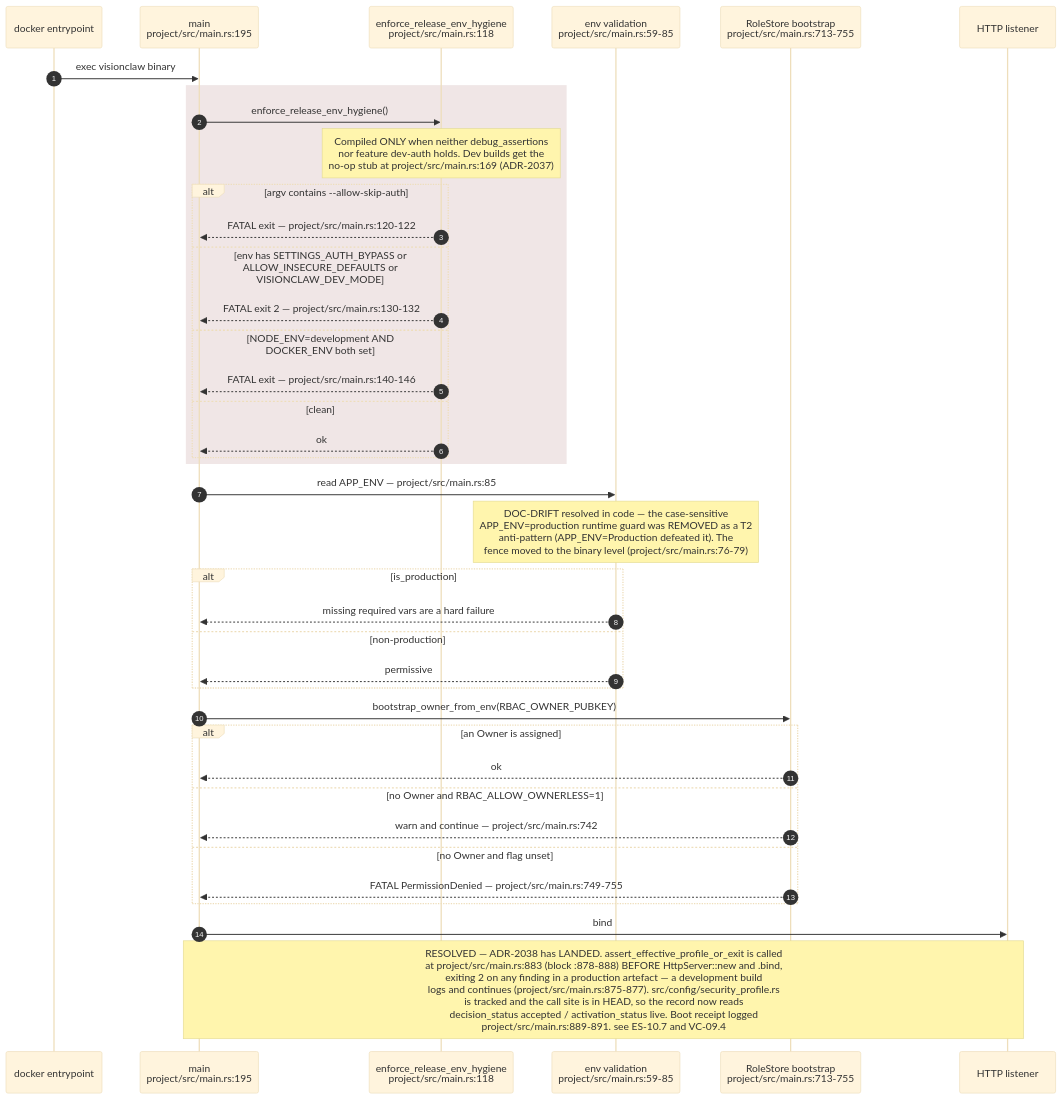
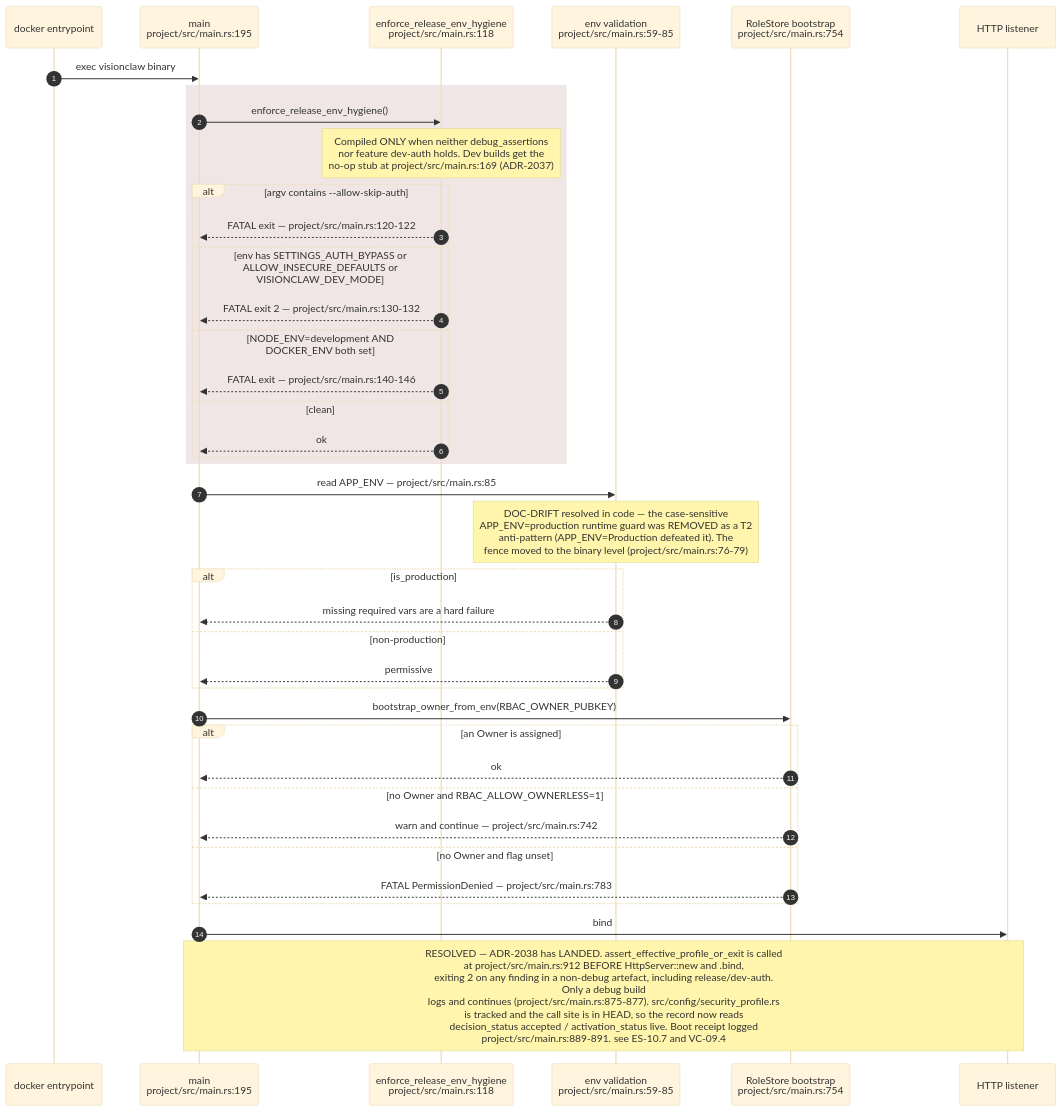
Before and after one commit to DreamLab-AI/VisionFlow: the second of 10 diagrams in docs/diagrams/estate/10-deployment-and-security-profiles.md, drawn with Mermaid (base theme). The commit also changed other lines of this file and 51 other files, not shown here.

First line of the commit message:
docs(diagrams): agentbox AB-01..13 re-attested anchor by anchor (980 anchors, 22 defects); checkpoint against an out-of-mesh writer

````diff
--- a/docs/diagrams/estate/10-deployment-and-security-profiles.md
+++ b/docs/diagrams/estate/10-deployment-and-security-profiles.md
@@ -83,42 +83,42 @@
 ```mermaid
 sequenceDiagram
     autonumber
     participant OS as docker entrypoint
     participant M as main<br/>project/src/main.rs:195
     participant EH as enforce_release_env_hygiene<br/>project/src/main.rs:118
     participant EV as env validation<br/>project/src/main.rs:59-85
-    participant RS as RoleStore bootstrap<br/>project/src/main.rs:713-755
+    participant RS as RoleStore bootstrap<br/>project/src/main.rs:754
     participant L as HTTP listener
 
     OS->>M: exec visionclaw binary
     rect rgb(240,230,230)
     M->>EH: enforce_release_env_hygiene()
     Note over EH: Compiled ONLY when neither debug_assertions<br/>nor feature dev-auth holds. Dev builds get the<br/>no-op stub at project/src/main.rs:169 (ADR-2037)
     alt argv contains --allow-skip-auth
         EH-->>M: FATAL exit — project/src/main.rs:120-122
     else env has SETTINGS_AUTH_BYPASS or ALLOW_INSECURE_DEFAULTS or VISIONCLAW_DEV_MODE
         EH-->>M: FATAL exit 2 — project/src/main.rs:130-132
     else NODE_ENV=development AND DOCKER_ENV both set
         EH-->>M: FATAL exit — project/src/main.rs:140-146
     else clean
         EH-->>M: ok
     end
     end
     M->>EV: read APP_ENV — project/src/main.rs:85
     Note over EV: DOC-DRIFT resolved in code — the case-sensitive<br/>APP_ENV=production runtime guard was REMOVED as a T2<br/>anti-pattern (APP_ENV=Production defeated it). The<br/>fence moved to the binary level (project/src/main.rs:76-79)
     alt is_production
         EV-->>M: missing required vars are a hard failure
     else non-production
         EV-->>M: permissive
     end
     M->>RS: bootstrap_owner_from_env(RBAC_OWNER_PUBKEY)
     alt an Owner is assigned
         RS-->>M: ok
     else no Owner and RBAC_ALLOW_OWNERLESS=1
         RS-->>M: warn and continue — project/src/main.rs:742
     else no Owner and flag unset
-        RS-->>M: FATAL PermissionDenied — project/src/main.rs:749-755
+        RS-->>M: FATAL PermissionDenied — project/src/main.rs:783
     end
     M->>L: bind
-    Note over M,L: RESOLVED — ADR-2038 has LANDED. assert_effective_profile_or_exit is called<br/>at project/src/main.rs:883 (block :878-888) BEFORE HttpServer::new and .bind,<br/>exiting 2 on any finding in a production artefact — a development build<br/>logs and continues (project/src/main.rs:875-877). src/config/security_profile.rs<br/>is tracked and the call site is in HEAD, so the record now reads<br/>decision_status accepted / activation_status live. Boot receipt logged<br/>project/src/main.rs:889-891. see ES-10.7 and VC-09.4
+    Note over M,L: RESOLVED — ADR-2038 has LANDED. assert_effective_profile_or_exit is called<br/>at project/src/main.rs:912 BEFORE HttpServer::new and .bind,<br/>exiting 2 on any finding in a non-debug artefact, including release/dev-auth.<br/>Only a debug build<br/>logs and continues (project/src/main.rs:875-877). src/config/security_profile.rs<br/>is tracked and the call site is in HEAD, so the record now reads<br/>decision_status accepted / activation_status live. Boot receipt logged<br/>project/src/main.rs:889-891. see ES-10.7 and VC-09.4
 ```
````
